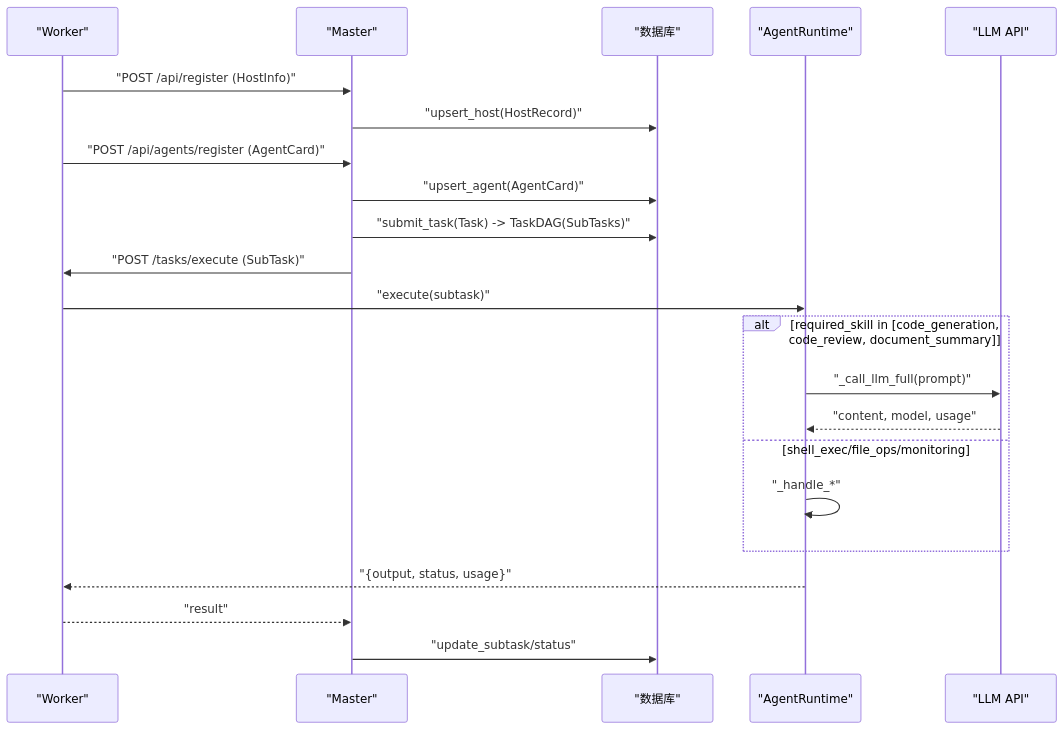
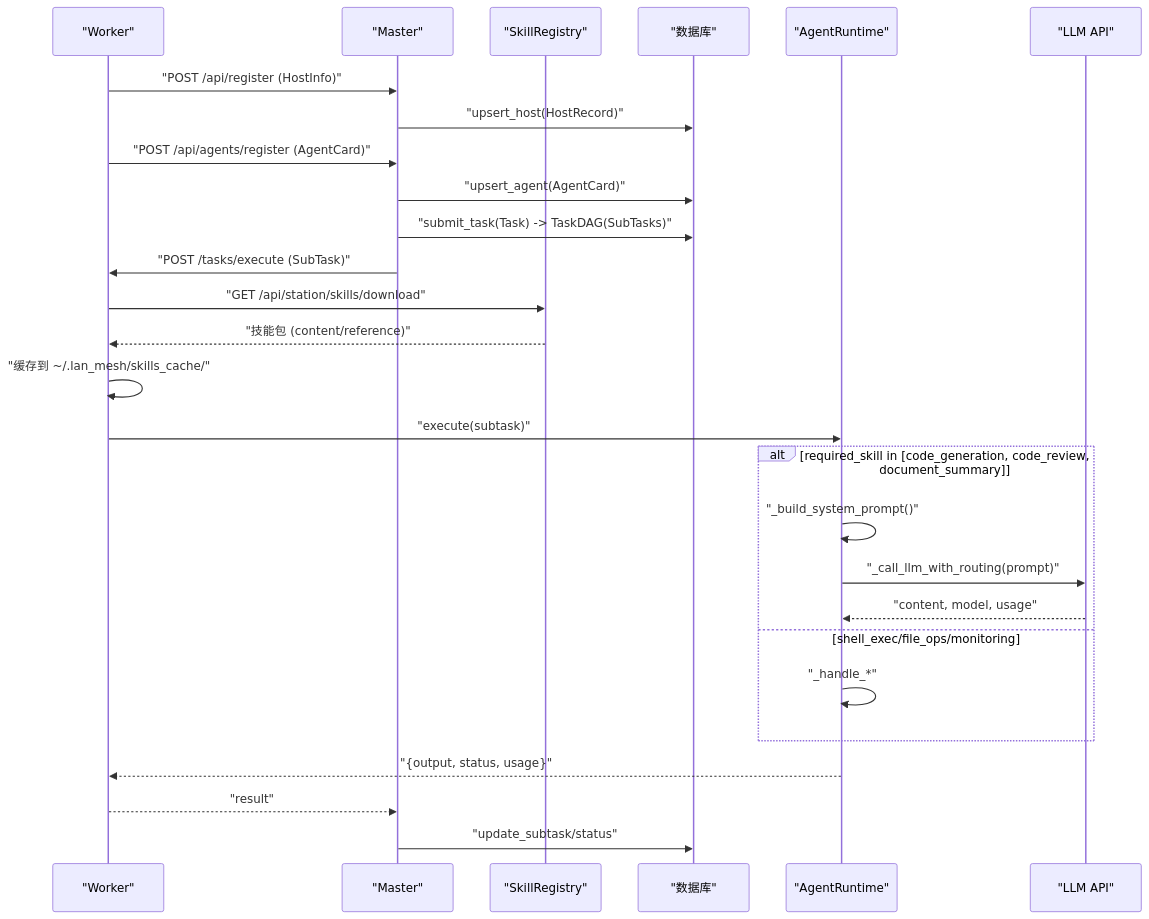
Before and after one commit to targalian/Personal-distributed-workstation: the second of 5 diagrams in .qoder/repowiki/zh/content/架构设计/Worker 代理/Agent 能力声明系统/Agent 能力声明系统.md, drawn with Mermaid. The commit also changed other lines of this file and 92 other files, not shown here.

````diff
--- a/.qoder/repowiki/zh/content/架构设计/Worker 代理/Agent 能力声明系统/Agent 能力声明系统.md
+++ b/.qoder/repowiki/zh/content/架构设计/Worker 代理/Agent 能力声明系统/Agent 能力声明系统.md
@@ -143,24 +168,29 @@
 ```mermaid
 sequenceDiagram
 participant W as "Worker"
 participant M as "Master"
+participant SR as "SkillRegistry"
 participant DB as "数据库"
 participant RT as "AgentRuntime"
 participant LLM as "LLM API"
 W->>M : "POST /api/register (HostInfo)"
 M->>DB : "upsert_host(HostRecord)"
 W->>M : "POST /api/agents/register (AgentCard)"
 M->>DB : "upsert_agent(AgentCard)"
 M->>DB : "submit_task(Task) -> TaskDAG(SubTasks)"
 M->>W : "POST /tasks/execute (SubTask)"
+W->>SR : "GET /api/station/skills/download"
+SR-->>W : "技能包 (content/reference)"
+W->>W : "缓存到 ~/.lan_mesh/skills_cache/"
 W->>RT : "execute(subtask)"
 alt required_skill in [code_generation, code_review, document_summary]
-RT->>LLM : "_call_llm_full(prompt)"
+RT->>RT : "_build_system_prompt()"
+RT->>LLM : "_call_llm_with_routing(prompt)"
 LLM-->>RT : "content, model, usage"
 else shell_exec/file_ops/monitoring
 RT->>RT : "_handle_*"
 end
 RT-->>W : "{output, status, usage}"
 W-->>M : "result"
 M->>DB : "update_subtask/status"
 ```
````
